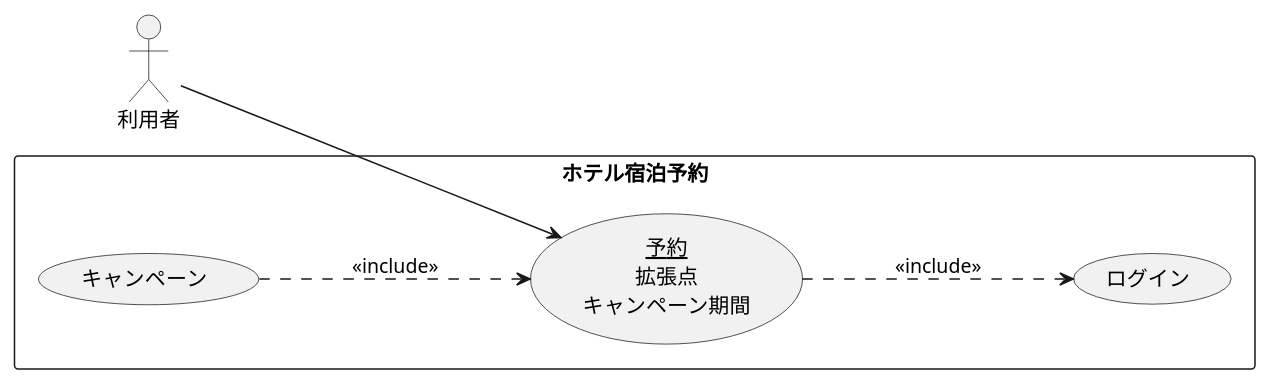
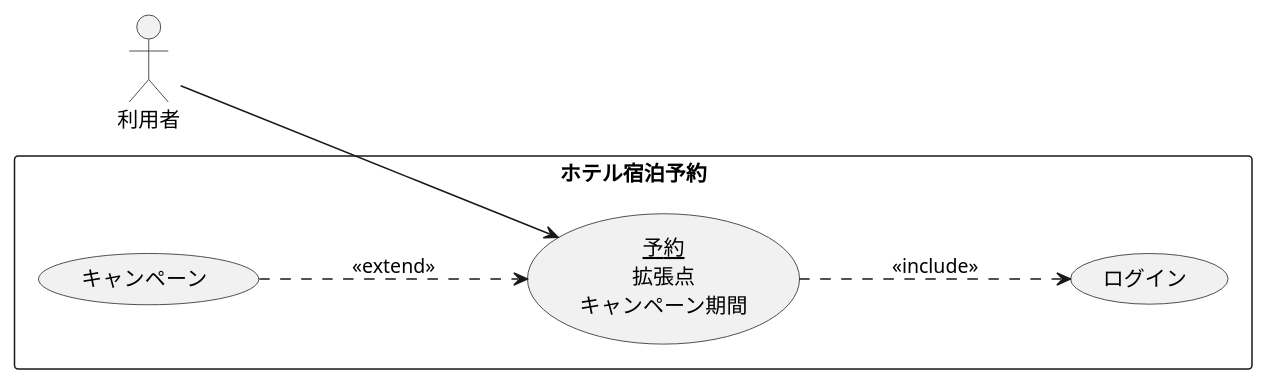
One commit to eumura123/uml-introduction changed the diagram in 演習2-4_キャンペーン中のホテル宿泊予約.pu. Above: the diagram before and after it, drawn with PlantUML.

Commit message:
演習2-4

```diff
--- a/演習2-4_キャンペーン中のホテル宿泊予約.pu
+++ b/演習2-4_キャンペーン中のホテル宿泊予約.pu
@@ -1,12 +1,12 @@
 @startuml ユースケース図
 left to right direction
 actor 利用者
 rectangle ホテル宿泊予約{
 usecase ログイン
 usecase (<u>予約</u>\n拡張点\nキャンペーン期間) as input
 usecase キャンペーン
 }
 利用者 ---> input
-キャンペーン ...> input : <<include>>
+キャンペーン ...> input : <<extend>>
 input ...> ログイン : <<include>>
 @enduml
```
